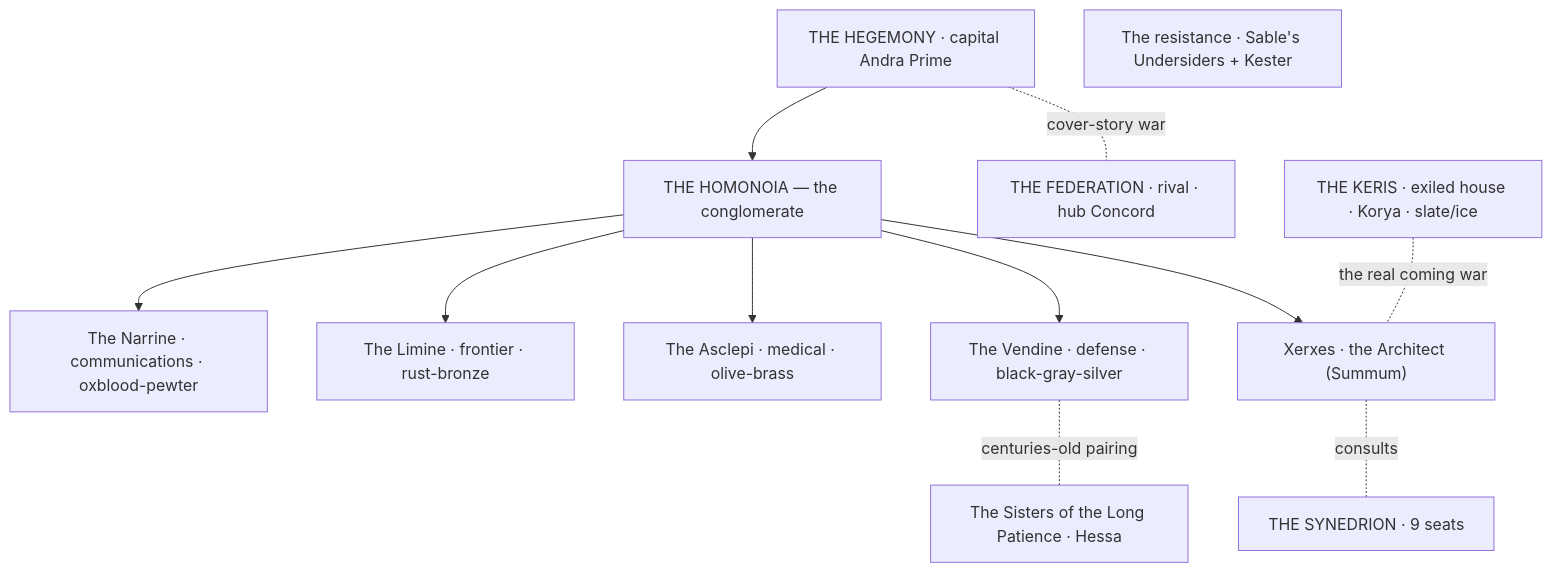
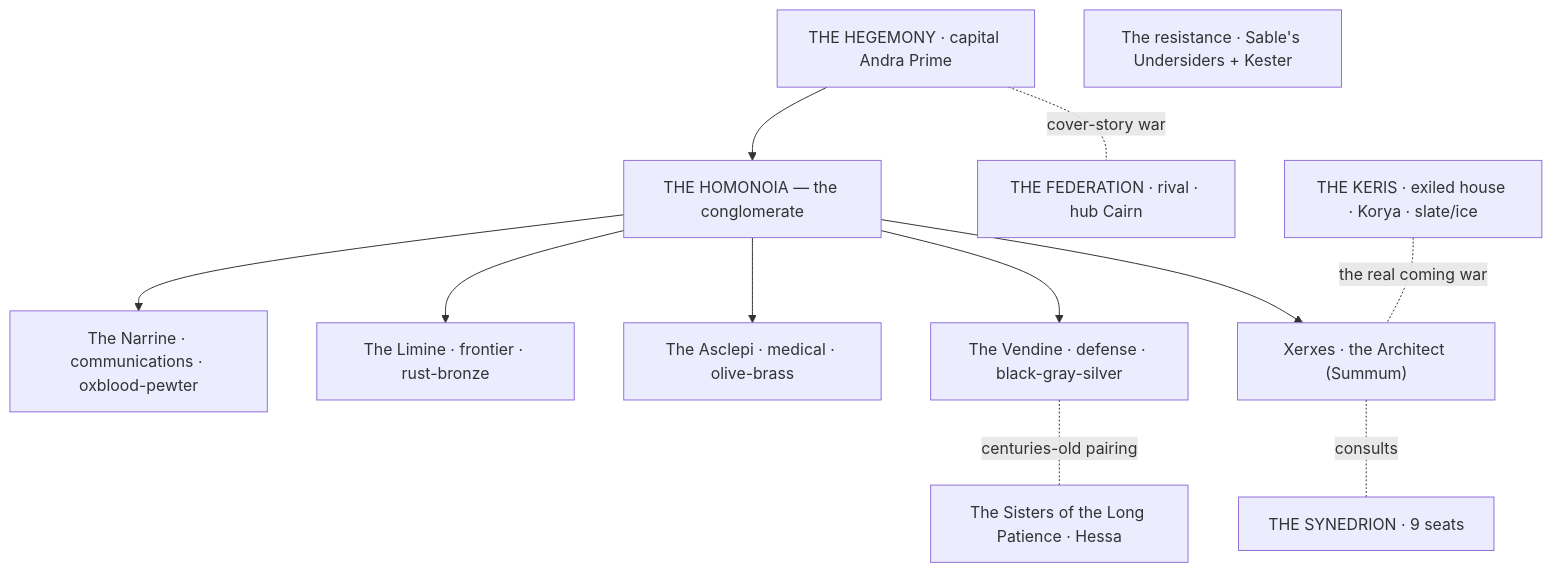
The first of 10 diagrams in reference/CHARACTER_MAP.md (sharifndlovu123/book-of-tartaros), drawn with Mermaid before and after one commit. The commit also changed other lines of this file and 6 other files, not shown here.

First line of the commit message:
Add heraldry sheet (sigils + colours); rename Concord->Cairn, Wren->Yara

````diff
--- a/reference/CHARACTER_MAP.md
+++ b/reference/CHARACTER_MAP.md
@@ -15,18 +15,18 @@
 ```mermaid
 graph TD
   HEG["THE HEGEMONY · capital Andra Prime"]
-  FED["THE FEDERATION · rival · hub Concord"]
+  FED["THE FEDERATION · rival · hub Cairn"]
   HEG -. cover-story war .- FED
   HEG --> HOM["THE HOMONOIA — the conglomerate"]
   HOM --> ARCH["Xerxes · the Architect (Summum)"]
   HOM --> V["The Vendine · defense · black-gray-silver"]
   HOM --> AS["The Asclepi · medical · olive-brass"]
   HOM --> LI["The Limine · frontier · rust-bronze"]
   HOM --> NA["The Narrine · communications · oxblood-pewter"]
   SYN["THE SYNEDRION · 9 seats"]
   ARCH -. consults .- SYN
   V -. centuries-old pairing .- SIS["The Sisters of the Long Patience · Hessa"]
   KER["THE KERIS · exiled house · Korya · slate/ice"]
   RES["The resistance · Sable's Undersiders + Kester"]
   KER -. the real coming war .- ARCH
 ```
````
